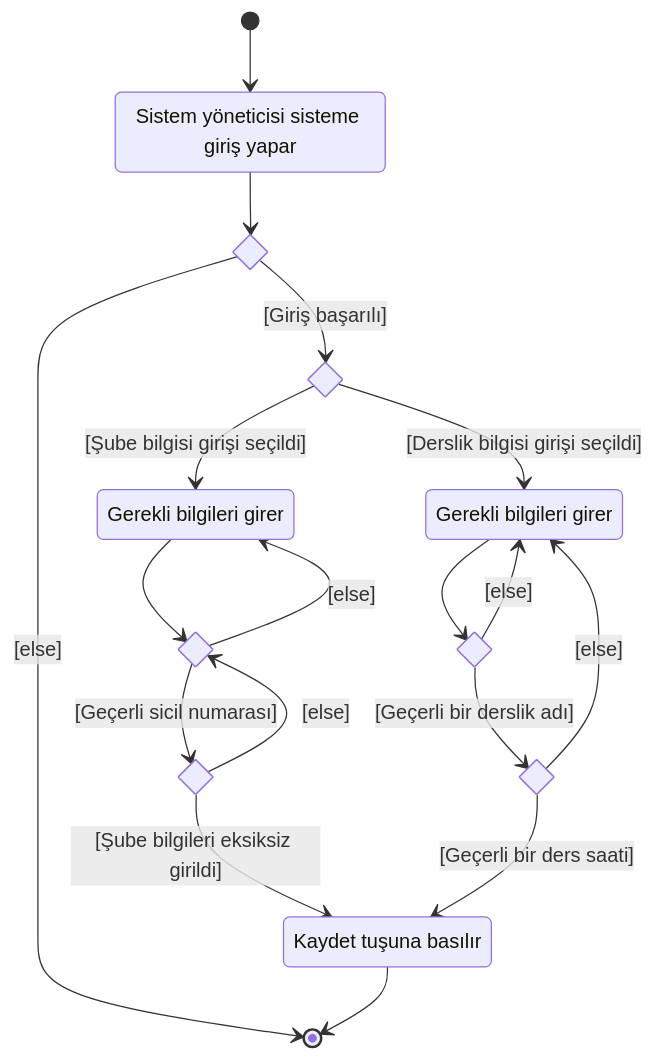
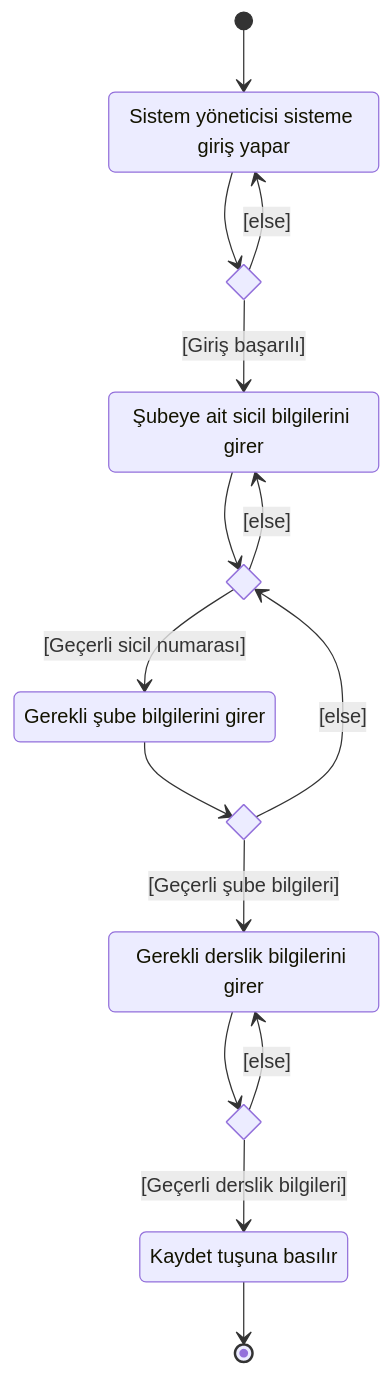
One commit to ondergormez/BLM3722_Software_Engineering changed the diagram in 03-Project/05-ActivityDiagram/Student.md. Above: the diagram before and after it, drawn with Mermaid. The commit also changed 3 other files, not shown here.

````diff
--- a/03-Project/05-ActivityDiagram/Student.md
+++ b/03-Project/05-ActivityDiagram/Student.md
@@ -1,31 +1,27 @@
 ```mermaid
 stateDiagram-v2
       State1: Sistem yöneticisi sisteme giriş yapar
       [*] --> State1
-state if_state <<choice>>   
-      State1 --> if_state
+state if_state1 <<choice>>   
+      State1 --> if_state1
       state if_state2 <<choice>>
-      if_state --> if_state2: [Giriş başarılı] 
-      if_state -->  [*]: [else]
-    state if_state2 <<choice>>
-        State3: Gerekli bilgileri girer
-        if_state2 --> State3: [Şube bilgisi girişi seçildi]
-        state if_state3 <<choice>>
-            State3 -->if_state3
+      if_state1 --> State2: [Giriş başarılı] 
+      if_state1 -->State1: [else]
+        State2: Şubeye ait sicil bilgilerini girer
+        state if_state2 <<choice>>
+            State2 -->if_state2
+            state if_state3 <<choice>>
+            if_state2 --> State3: [Geçerli sicil numarası]
+            State3: Gerekli şube bilgilerini girer
+            State3 --> if_state3
+            if_state2 --> State2: [else]
+            if_state3 --> State4: [Geçerli şube bilgileri]
+            if_state3 --> if_state2: [else]
+        State4: Gerekli derslik bilgilerini girer
             state if_state4 <<choice>>
-            if_state3 --> if_state4: [Geçerli sicil numarası]
-            if_state3 --> State3: [else]
-            if_state4 --> State6: [Şube bilgileri eksiksiz girildi]
-            if_state4 --> if_state3: [else]
-        if_state2 --> State5: [Derslik bilgisi girişi seçildi] 
-        State5: Gerekli bilgileri girer
-            state if_state5 <<choice>>
-            State5--> if_state5
-            state if_state6 <<choice>>
-            if_state5 --> if_state6: [Geçerli bir derslik adı]
-            if_state5 --> State5: [else]
-            if_state6 --> State5: [else]
-            if_state6 --> State6: [Geçerli bir ders saati]
+            State4--> if_state4
+            if_state4 --> State6: [Geçerli derslik bilgileri]
+            if_state4 --> State4: [else]
             State6: Kaydet tuşuna basılır
             State6 --> [*]
 ```
````
